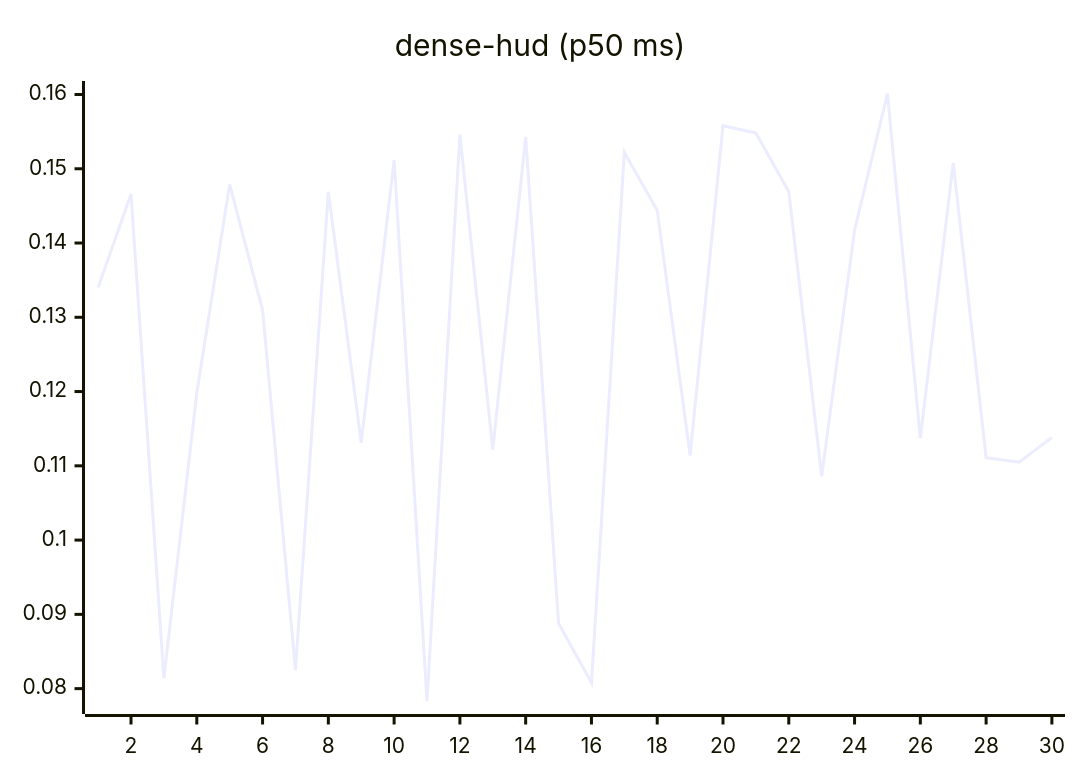
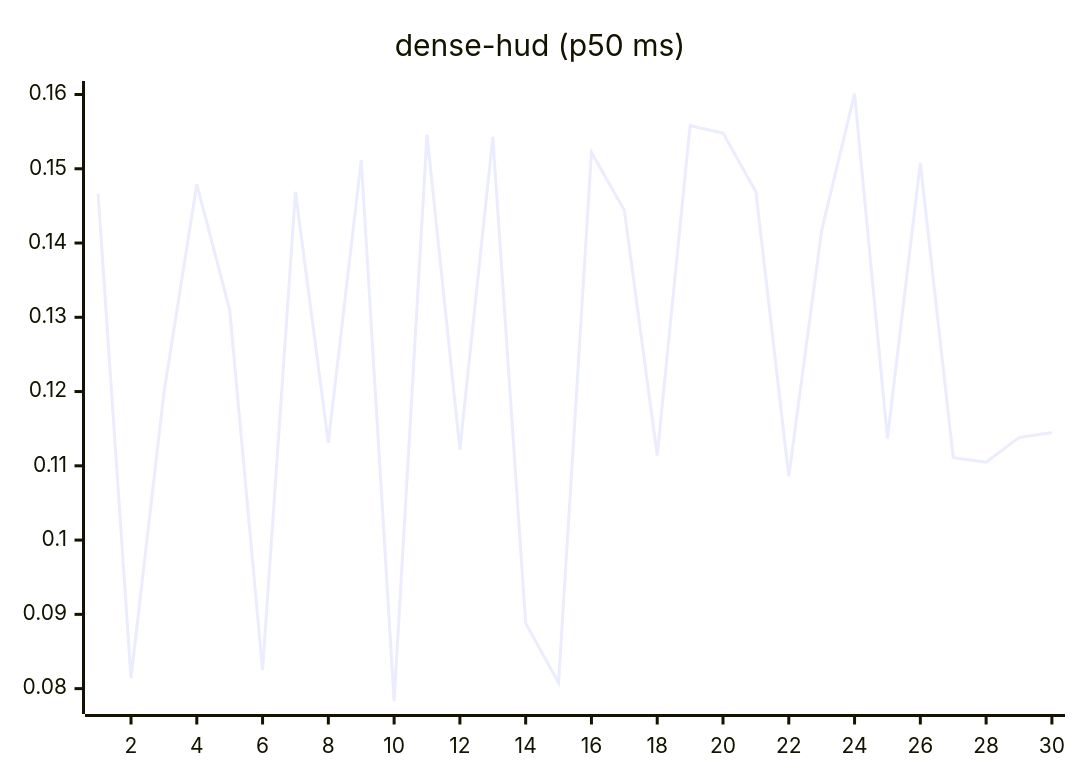
The eighth of 27 diagrams in README.md (josha/Facet), drawn with Mermaid before and after one commit. The commit also changed other lines of this file and 2 other files, not shown here.

````diff
--- a/README.md
+++ b/README.md
@@ -112,6 +112,6 @@
 ```mermaid
 xychart-beta
     title "dense-hud (p50 ms)"
     x-axis 1 --> 30
-    line [0.1340, 0.1466, 0.0814, 0.1198, 0.1479, 0.1310, 0.0825, 0.1469, 0.1131, 0.1512, 0.0783, 0.1546, 0.1122, 0.1543, 0.0888, 0.0808, 0.1522, 0.1444, 0.1114, 0.1558, 0.1548, 0.1469, 0.1086, 0.1417, 0.1601, 0.1137, 0.1508, 0.1111, 0.1105, 0.1138]
+    line [0.1466, 0.0814, 0.1198, 0.1479, 0.1310, 0.0825, 0.1469, 0.1131, 0.1512, 0.0783, 0.1546, 0.1122, 0.1543, 0.0888, 0.0808, 0.1522, 0.1444, 0.1114, 0.1558, 0.1548, 0.1469, 0.1086, 0.1417, 0.1601, 0.1137, 0.1508, 0.1111, 0.1105, 0.1138, 0.1145]
 ```
````
